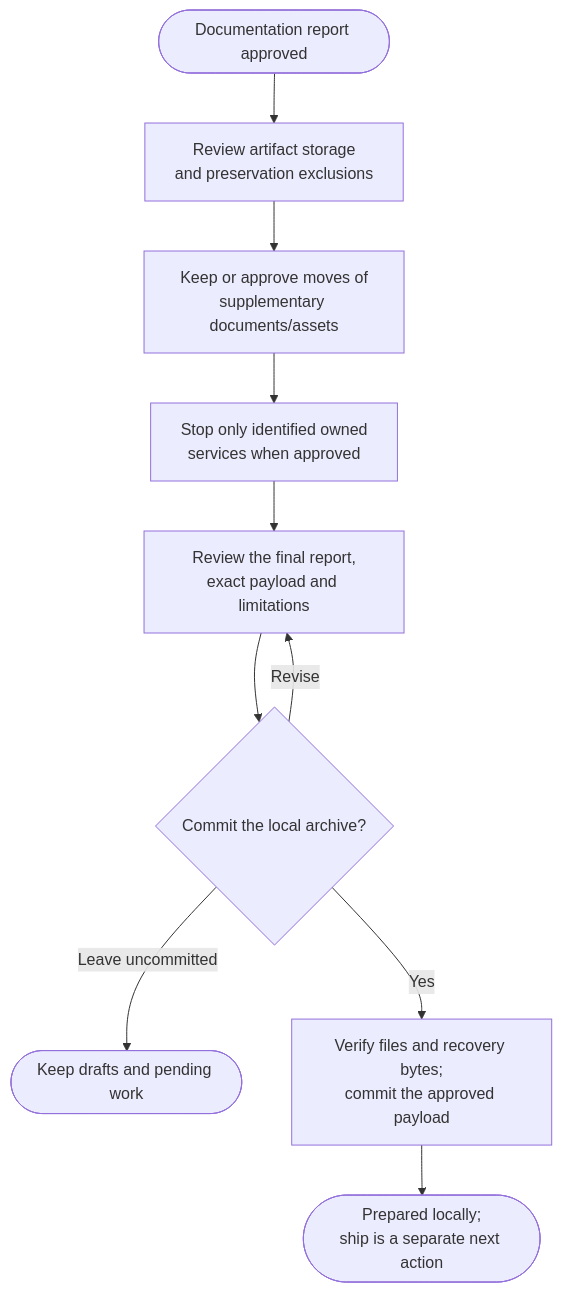
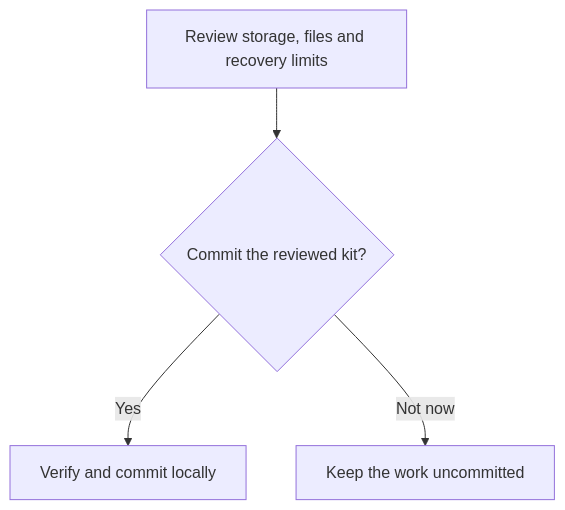
The diagram in docs/commands/archive/5-finalize.md (myowinthein/agent-helm), drawn with Mermaid before and after one commit. The commit also changed other lines of this file and 20 other files, not shown here.

````diff
--- a/docs/commands/archive/5-finalize.md
+++ b/docs/commands/archive/5-finalize.md
@@ -15,12 +15,6 @@
 ```mermaid
 flowchart TD
-  Start(["Documentation report approved"]) --> Storage["Review artifact storage<br/>and preservation exclusions"]
-  Storage --> Assets["Keep or approve moves of<br/>supplementary documents/assets"]
-  Assets --> Services["Stop only identified owned<br/>services when approved"]
-  Services --> Review["Review the final report,<br/>exact payload and limitations"]
-  Review --> Approval{"Commit the local archive?"}
-  Approval -->|Revise| Review
-  Approval -->|Leave uncommitted| Pending(["Keep drafts and pending work"])
-  Approval -->|Yes| Commit["Verify files and recovery bytes;<br/>commit the approved payload"]
-  Commit --> End(["Prepared locally;<br/>ship is a separate next action"])
+  Review["Review storage, files and recovery limits"] --> Choose{"Commit the reviewed kit?"}
+  Choose -->|Yes| Commit["Verify and commit locally"]
+  Choose -->|Not now| Draft["Keep the work uncommitted"]
 ```
````
